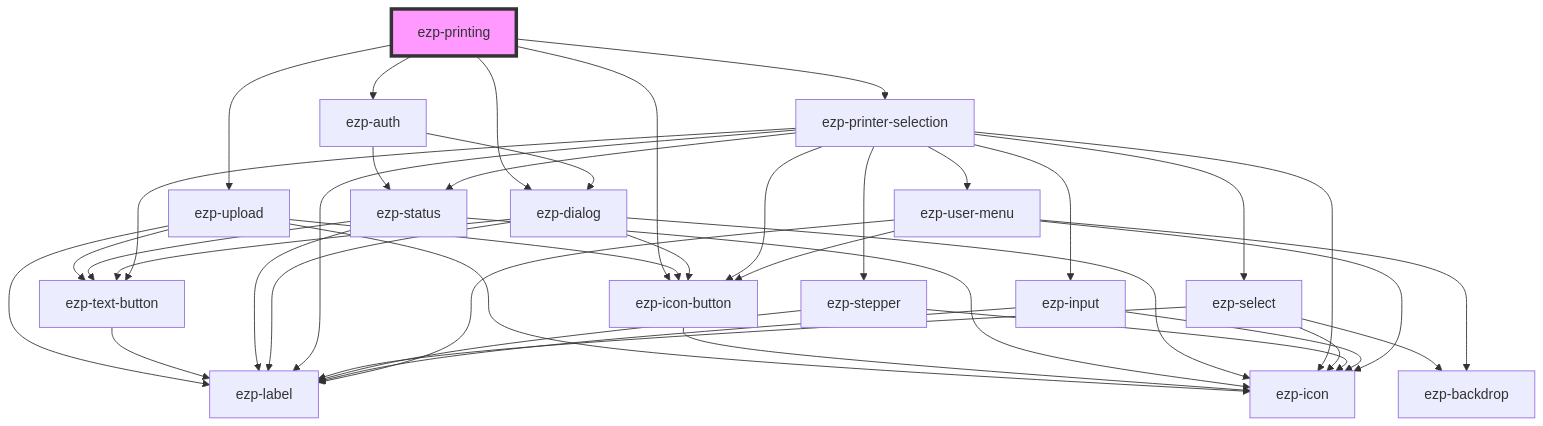
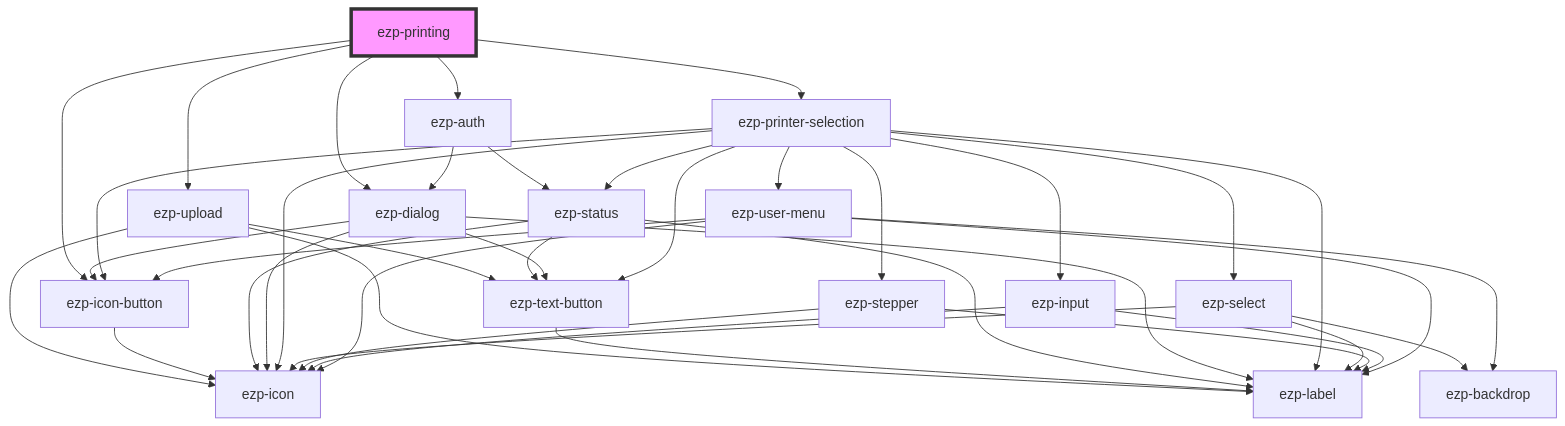
Before and after one commit to ezeep/ezeep-js: the diagram in src/components/ezp-printing/readme.md, drawn with Mermaid. The commit also changed 8 other files, not shown here.

First line of the commit message:
feat(upload): drop modal header and make Cancel close the flow

````diff
--- a/src/components/ezp-printing/readme.md
+++ b/src/components/ezp-printing/readme.md
@@ -119,44 +119,43 @@
 ```mermaid
 graph TD;
   ezp-printing --> ezp-upload
   ezp-printing --> ezp-icon-button
   ezp-printing --> ezp-auth
   ezp-printing --> ezp-printer-selection
   ezp-printing --> ezp-dialog
+  ezp-upload --> ezp-icon
   ezp-upload --> ezp-label
-  ezp-upload --> ezp-icon-button
-  ezp-upload --> ezp-icon
   ezp-upload --> ezp-text-button
+  ezp-text-button --> ezp-label
   ezp-icon-button --> ezp-icon
-  ezp-text-button --> ezp-label
   ezp-auth --> ezp-status
   ezp-auth --> ezp-dialog
   ezp-status --> ezp-icon
   ezp-status --> ezp-label
   ezp-status --> ezp-text-button
   ezp-dialog --> ezp-icon-button
   ezp-dialog --> ezp-icon
   ezp-dialog --> ezp-label
   ezp-dialog --> ezp-text-button
   ezp-printer-selection --> ezp-status
   ezp-printer-selection --> ezp-label
   ezp-printer-selection --> ezp-icon-button
   ezp-printer-selection --> ezp-icon
   ezp-printer-selection --> ezp-select
   ezp-printer-selection --> ezp-stepper
   ezp-printer-selection --> ezp-input
   ezp-printer-selection --> ezp-text-button
   ezp-printer-selection --> ezp-user-menu
   ezp-select --> ezp-backdrop
   ezp-select --> ezp-icon
   ezp-select --> ezp-label
   ezp-stepper --> ezp-icon
   ezp-stepper --> ezp-label
   ezp-input --> ezp-icon
   ezp-input --> ezp-label
   ezp-user-menu --> ezp-backdrop
   ezp-user-menu --> ezp-label
   ezp-user-menu --> ezp-icon-button
   ezp-user-menu --> ezp-icon
   style ezp-printing fill:#f9f,stroke:#333,stroke-width:4px
 ```
````
